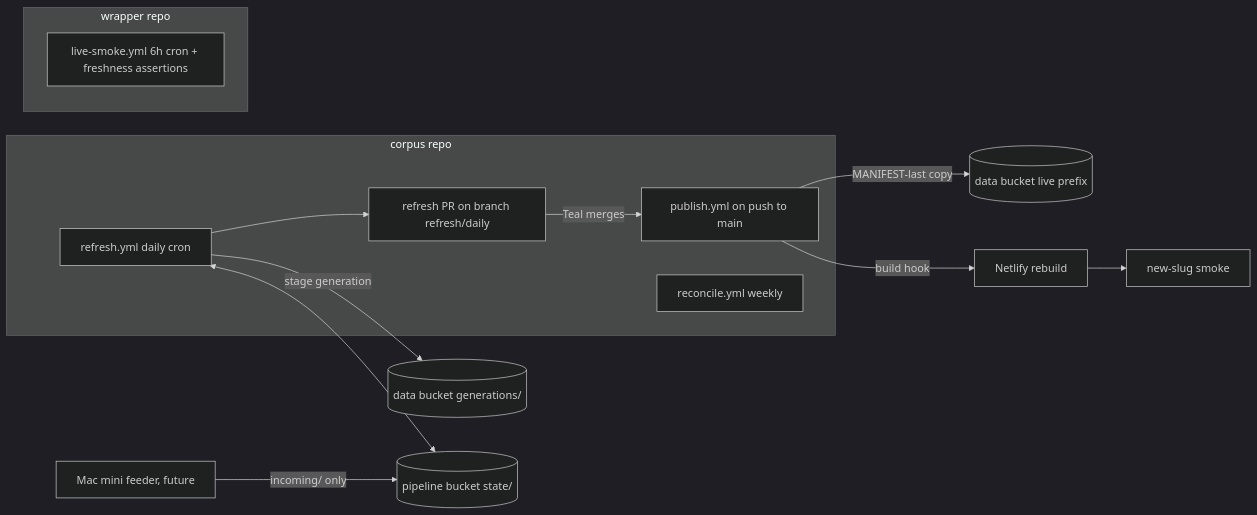
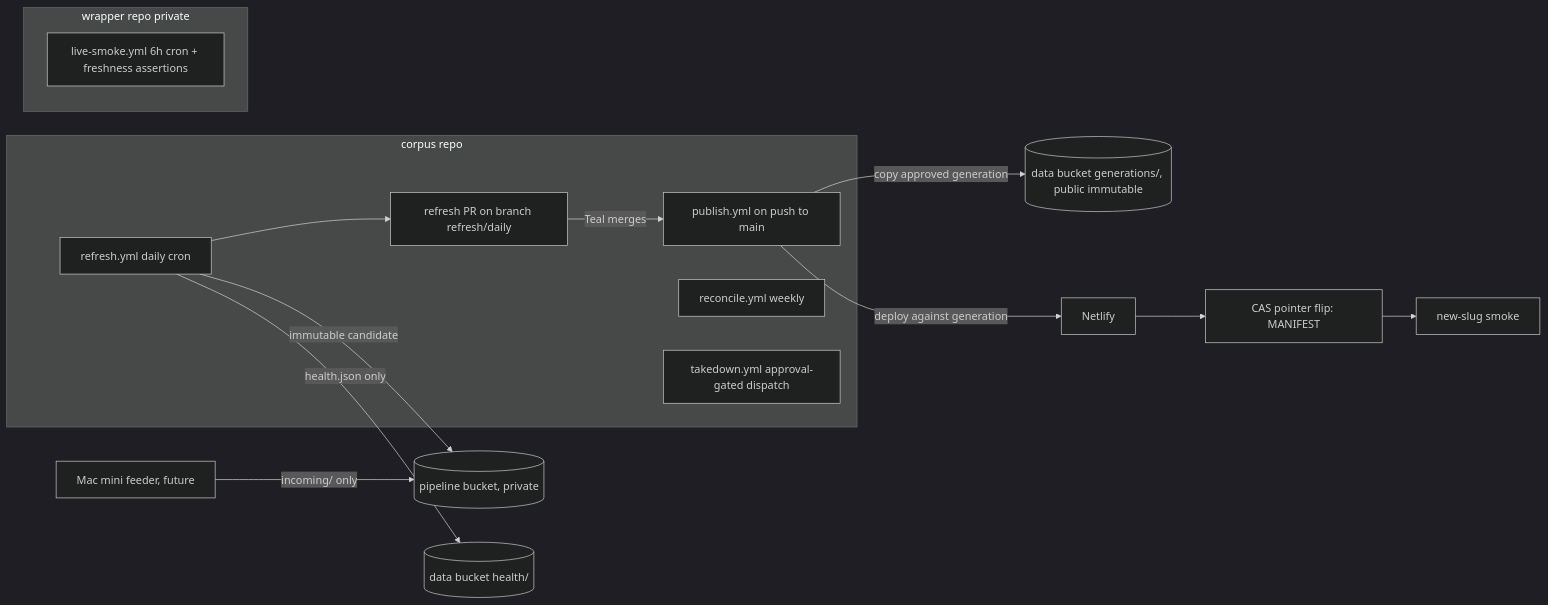
One commit to Teal-Insights/sovereign-prospectus-corpus changed the diagram in docs/superpowers/specs/2026-07-18-self-running-corpus-design.md. Above: the diagram before and after it, drawn with Mermaid (dark theme). The commit also changed other lines of this file, not shown here.

First line of the commit message:
Spec v2: apply council round 1 (generation-addressed data, Gates 1-2, fenced state, designed takedown) (TEA-1031)

````diff
--- a/docs/superpowers/specs/2026-07-18-self-running-corpus-design.md
+++ b/docs/superpowers/specs/2026-07-18-self-running-corpus-design.md
@@ -39,16 +37,17 @@
 ```mermaid
 flowchart LR
   subgraph corpus repo
     R[refresh.yml daily cron] --> PR[refresh PR on branch refresh/daily]
     PR -- Teal merges --> P[publish.yml on push to main]
     W[reconcile.yml weekly]
+    T[takedown.yml approval-gated dispatch]
   end
-  subgraph wrapper repo
+  subgraph wrapper repo private
     LS[live-smoke.yml 6h cron + freshness assertions]
   end
-  R -- stage generation --> S3D[(data bucket generations/)]
-  P -- MANIFEST-last copy --> S3L[(data bucket live prefix)]
-  P -- build hook --> N[Netlify rebuild] --> SM[new-slug smoke]
-  R <--> ST[(pipeline bucket state/)]
-  M[Mac mini feeder, future] -- incoming/ only --> ST
+  R -- immutable candidate --> PB[(pipeline bucket, private)]
+  P -- copy approved generation --> DG[(data bucket generations/, public immutable)]
+  P -- deploy against generation --> N[Netlify] --> F[CAS pointer flip: MANIFEST] --> SM[new-slug smoke]
+  R -- health.json only --> DH[(data bucket health/)]
+  M[Mac mini feeder, future] -- incoming/ only --> PB
 ```
````
